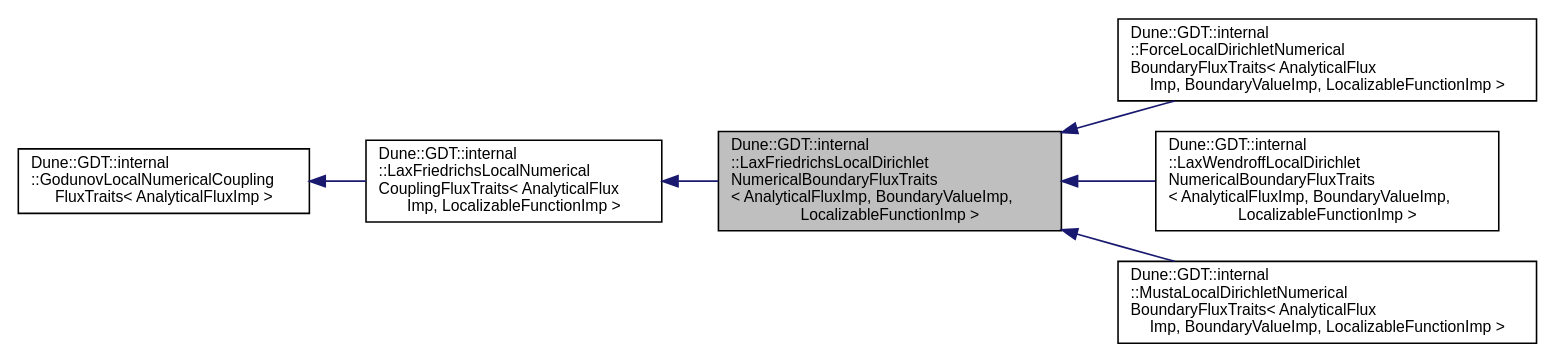
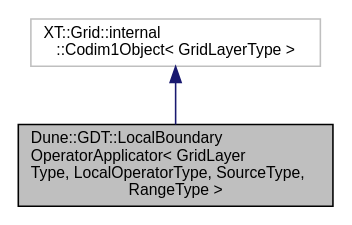
The diagram in docs/dune-gdt/master/a01355.dot (dune-community/dune-community.github.io), drawn with Graphviz before and after one commit. The commit also changed 4372 other files, not shown here.

Commit message:
Updated documentation for dune-gdt master

```diff
--- a/docs/dune-gdt/master/a01355.dot
+++ b/docs/dune-gdt/master/a01355.dot
@@ -1,17 +1,8 @@
-digraph "Dune::GDT::internal::LaxFriedrichsLocalDirichletNumericalBoundaryFluxTraits&lt; AnalyticalFluxImp, BoundaryValueImp, LocalizableFunctionImp &gt;"
+digraph "Dune::GDT::LocalBoundaryOperatorApplicator&lt; GridLayerType, LocalOperatorType, SourceType, RangeType &gt;"
 {
   edge [fontname="Helvetica",fontsize="10",labelfontname="Helvetica",labelfontsize="10"];
   node [fontname="Helvetica",fontsize="10",shape=record];
-  rankdir="LR";
-  Node1 [label="Dune::GDT::internal\l::LaxFriedrichsLocalDirichlet\lNumericalBoundaryFluxTraits\l\< AnalyticalFluxImp, BoundaryValueImp,\l LocalizableFunctionImp \>",height=0.2,width=0.4,color="black", fillcolor="grey75", style="filled", fontcolor="black"];
-  Node2 -> Node1 [dir="back",color="midnightblue",fontsize="10",style="solid",fontname="Helvetica"];
-  Node2 [label="Dune::GDT::internal\l::LaxFriedrichsLocalNumerical\lCouplingFluxTraits\< AnalyticalFlux\lImp, LocalizableFunctionImp \>",height=0.2,width=0.4,color="black", fillcolor="white", style="filled",URL="$a00302.html"];
-  Node3 -> Node2 [dir="back",color="midnightblue",fontsize="10",style="solid",fontname="Helvetica"];
-  Node3 [label="Dune::GDT::internal\l::GodunovLocalNumericalCoupling\lFluxTraits\< AnalyticalFluxImp \>",height=0.2,width=0.4,color="black", fillcolor="white", style="filled",URL="$a00181.html"];
-  Node1 -> Node4 [dir="back",color="midnightblue",fontsize="10",style="solid",fontname="Helvetica"];
-  Node4 [label="Dune::GDT::internal\l::ForceLocalDirichletNumerical\lBoundaryFluxTraits\< AnalyticalFlux\lImp, BoundaryValueImp, LocalizableFunctionImp \>",height=0.2,width=0.4,color="black", fillcolor="white", style="filled",URL="$a00149.html"];
-  Node1 -> Node5 [dir="back",color="midnightblue",fontsize="10",style="solid",fontname="Helvetica"];
-  Node5 [label="Dune::GDT::internal\l::LaxWendroffLocalDirichlet\lNumericalBoundaryFluxTraits\l\< AnalyticalFluxImp, BoundaryValueImp,\l LocalizableFunctionImp \>",height=0.2,width=0.4,color="black", fillcolor="white", style="filled",URL="$a00305.html"];
-  Node1 -> Node6 [dir="back",color="midnightblue",fontsize="10",style="solid",fontname="Helvetica"];
-  Node6 [label="Dune::GDT::internal\l::MustaLocalDirichletNumerical\lBoundaryFluxTraits\< AnalyticalFlux\lImp, BoundaryValueImp, LocalizableFunctionImp \>",height=0.2,width=0.4,color="black", fillcolor="white", style="filled",URL="$a00435.html"];
+  Node0 [label="Dune::GDT::LocalBoundary\lOperatorApplicator\< GridLayer\lType, LocalOperatorType, SourceType,\l RangeType \>",height=0.2,width=0.4,color="black", fillcolor="grey75", style="filled", fontcolor="black"];
+  Node1 -> Node0 [dir="back",color="midnightblue",fontsize="10",style="solid",fontname="Helvetica"];
+  Node1 [label="XT::Grid::internal\l::Codim1Object\< GridLayerType \>",height=0.2,width=0.4,color="grey75", fillcolor="white", style="filled"];
 }
```
